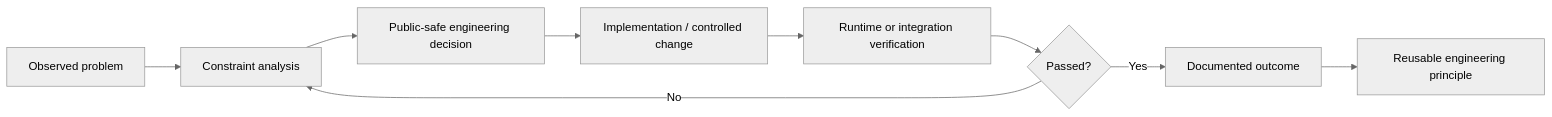
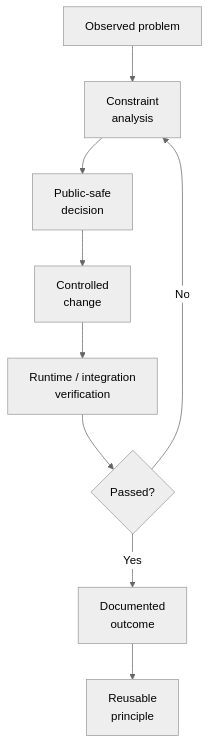
The first of 2 diagrams in docs/engineering/ENGINEERING_LOG.md (wilderruiz/zomniverse-project), drawn with Mermaid (neutral theme) before and after one commit. The commit also changed other lines of this file, not shown here.

Commit message:
docs: prevent Mermaid label clipping in engineering log

````diff
--- a/docs/engineering/ENGINEERING_LOG.md
+++ b/docs/engineering/ENGINEERING_LOG.md
@@ -9,11 +9,11 @@
 ```mermaid
-flowchart LR
-    A[Observed problem] --> B[Constraint analysis]
-    B --> C[Public-safe engineering decision]
-    C --> D[Implementation / controlled change]
-    D --> E[Runtime or integration verification]
-    E --> F{Passed?}
+flowchart TD
+    A["Observed problem"] --> B["Constraint<br/>analysis"]
+    B --> C["Public-safe<br/>decision"]
+    C --> D["Controlled<br/>change"]
+    D --> E["Runtime / integration<br/>verification"]
+    E --> F{"Passed?"}
     F -->|No| B
-    F -->|Yes| G[Documented outcome]
-    G --> H[Reusable engineering principle]
+    F -->|Yes| G["Documented<br/>outcome"]
+    G --> H["Reusable<br/>principle"]
 ```
````
